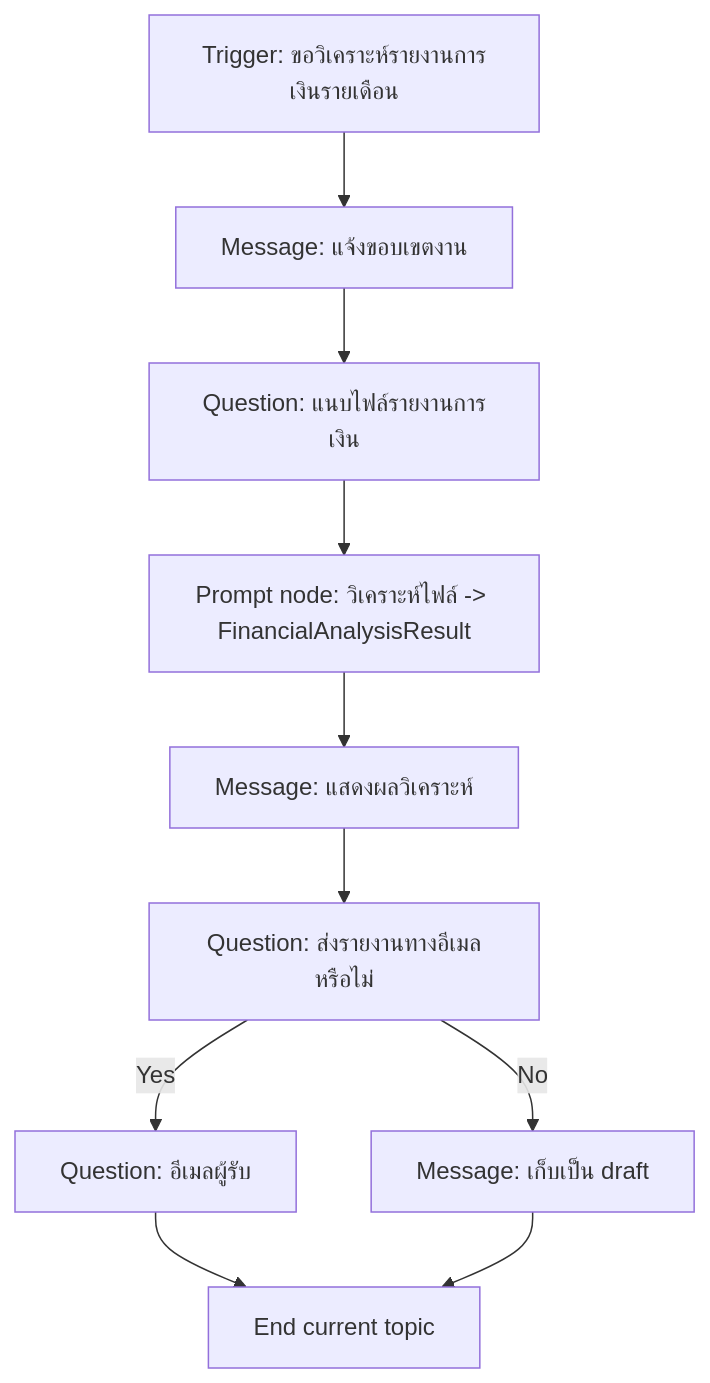
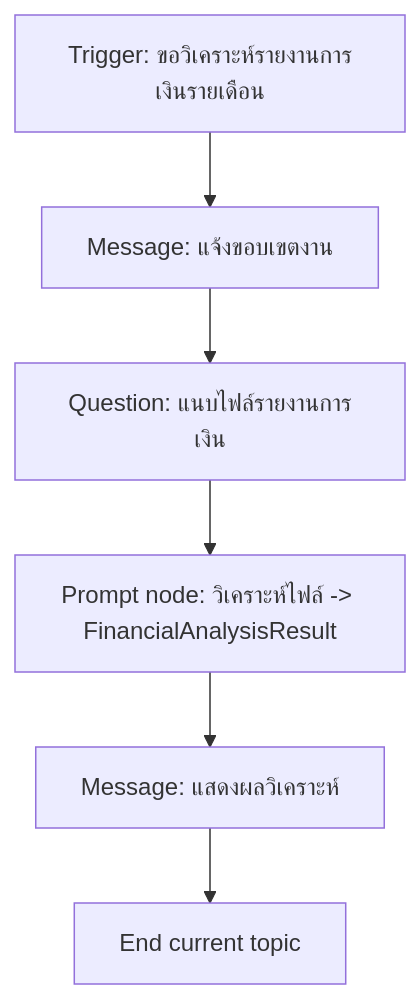
One commit to teerasej/mini-m365-copilot-champion-1 changed the diagram in day-3-copilot-studio/exercise-5-topic/README.md. Above: the diagram before and after it, drawn with Mermaid. The commit also changed other lines of this file and 11 other files, not shown here.

````diff
--- a/day-3-copilot-studio/exercise-5-topic/README.md
+++ b/day-3-copilot-studio/exercise-5-topic/README.md
@@ -7,12 +7,8 @@
 ```mermaid
 flowchart TD
     A[Trigger: ขอวิเคราะห์รายงานการเงินรายเดือน] --> B[Message: แจ้งขอบเขตงาน]
-    B --> C[Question: แนบไฟล์รายงานการเงิน]
-    C --> D[Prompt node: วิเคราะห์ไฟล์ -> FinancialAnalysisResult]
-    D --> E[Message: แสดงผลวิเคราะห์]
-    E --> F[Question: ส่งรายงานทางอีเมลหรือไม่]
-    F -->|Yes| G[Question: อีเมลผู้รับ]
-    G --> H[End current topic]
-    F -->|No| I[Message: เก็บเป็น draft]
-    I --> H
+   B --> C[Question: แนบไฟล์รายงานการเงิน]
+   C --> D[Prompt node: วิเคราะห์ไฟล์ -> FinancialAnalysisResult]
+   D --> E[Message: แสดงผลวิเคราะห์]
+   E --> F[End current topic]
 ```
````
